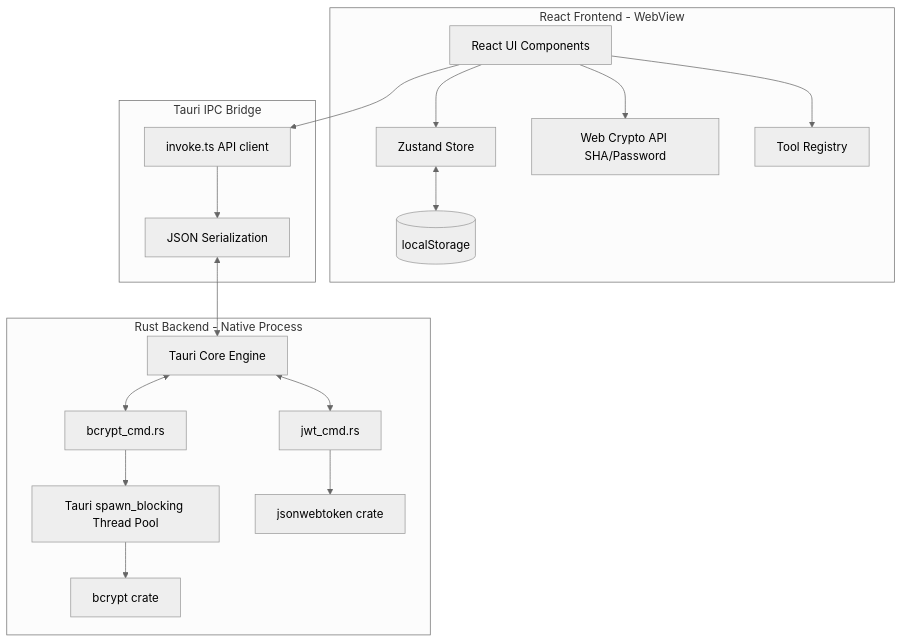
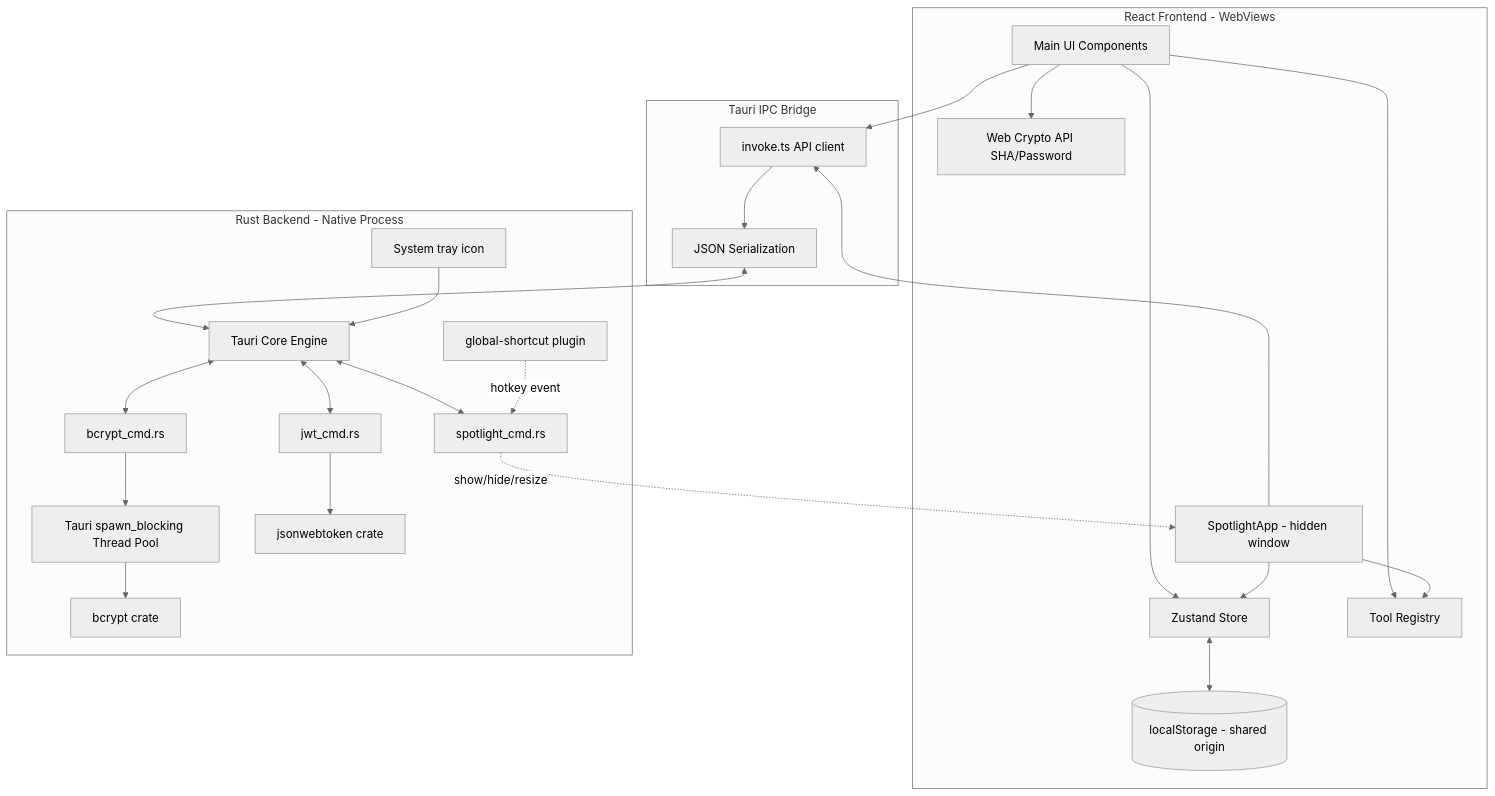
Before and after one commit to Kezlo98/dev_utility_tools: the first of 2 diagrams in docs/system-architecture.md, drawn with Mermaid (neutral theme). The commit also changed other lines of this file and 24 other files, not shown here.

First line of the commit message:
feat(spotlight): add global spotlight launcher with hotkey, tray, and multi-window support (#4)

````diff
--- a/docs/system-architecture.md
+++ b/docs/system-architecture.md
@@ -9,40 +9,52 @@
 ```mermaid
 graph TD
-    subgraph Frontend [React Frontend - WebView]
-        UI[React UI Components]
+    subgraph Frontend [React Frontend - WebViews]
+        UI[Main UI Components]
+        Spotlight[SpotlightApp - hidden window]
         Store[Zustand Store]
-        LocalStore[(localStorage)]
+        LocalStore[(localStorage - shared origin)]
         WebCrypto[Web Crypto API SHA/Password]
         Registry[Tool Registry]
     end
 
     subgraph IPC [Tauri IPC Bridge]
         Invoker[invoke.ts API client]
         JSONSerializer[JSON Serialization]
     end
 
     subgraph Backend [Rust Backend - Native Process]
         Builder[Tauri Core Engine]
         BcryptCmd[bcrypt_cmd.rs]
         JwtCmd[jwt_cmd.rs]
+        SpotlightCmd[spotlight_cmd.rs]
         ThreadPool[Tauri spawn_blocking Thread Pool]
         BcryptLib[bcrypt crate]
         JwtLib[jsonwebtoken crate]
+        GlobalShortcut[global-shortcut plugin]
+        Tray[System tray icon]
     end
 
     %% Interactions
     UI --> Store
+    Spotlight --> Store
     Store <--> LocalStore
     UI --> WebCrypto
     UI --> Registry
+    Spotlight --> Registry
 
     UI --> Invoker
+    Spotlight --> Invoker
     Invoker --> JSONSerializer
     JSONSerializer <--> Builder
     Builder <--> BcryptCmd
     Builder <--> JwtCmd
+    Builder <--> SpotlightCmd
 
     BcryptCmd --> ThreadPool
     ThreadPool --> BcryptLib
     JwtCmd --> JwtLib
+
+    GlobalShortcut -. "hotkey event" .-> SpotlightCmd
+    SpotlightCmd -. "show/hide/resize" .-> Spotlight
+    Tray --> Builder
 ```
````
